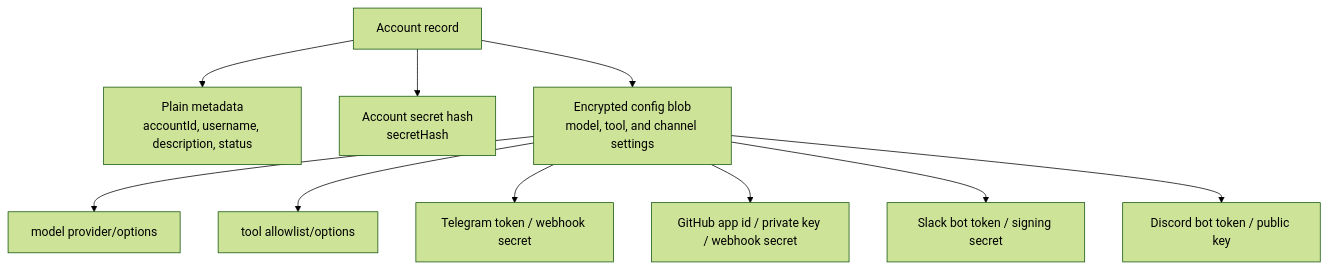
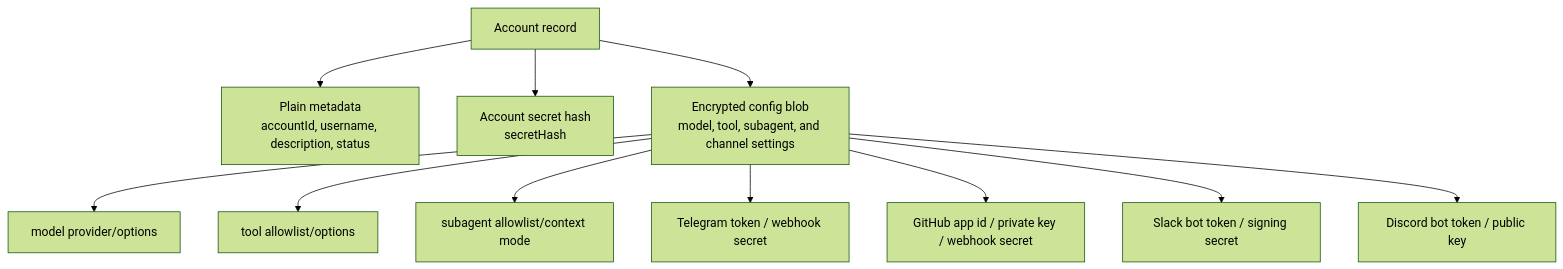
Before and after one commit to beeblastco/filthy-panty: the first of 2 diagrams in docs/data-security.md, drawn with Mermaid (forest theme). The commit also changed 38 other files, not shown here.

````diff
--- a/docs/data-security.md
+++ b/docs/data-security.md
@@ -7,13 +7,14 @@
 ```mermaid
 flowchart TD
   Account["Account record"] --> Meta["Plain metadata<br/>accountId, username, description, status"]
   Account --> Hash["Account secret hash<br/>secretHash"]
-  Account --> Config["Encrypted config blob<br/>model, tool, and channel settings"]
+  Account --> Config["Encrypted config blob<br/>model, tool, subagent, and channel settings"]
 
   Config --> Model["model provider/options"]
   Config --> Tools["tool allowlist/options"]
+  Config --> Subagents["subagent allowlist/context mode"]
   Config --> Telegram["Telegram token / webhook secret"]
   Config --> GitHub["GitHub app id / private key / webhook secret"]
   Config --> Slack["Slack bot token / signing secret"]
   Config --> Discord["Discord bot token / public key"]
 ```
````
